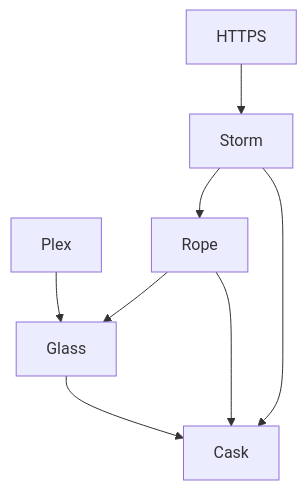
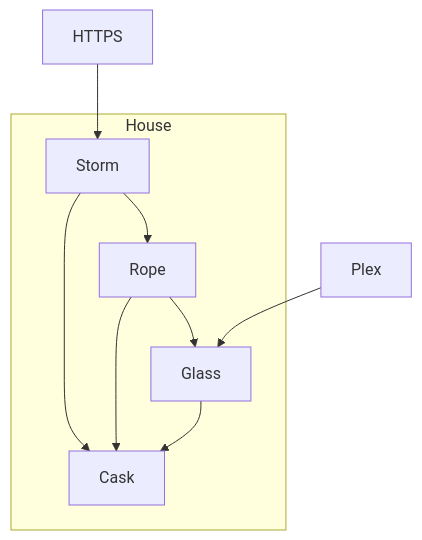
The diagram in posts/745.md (icco/writing), drawn with Mermaid before and after one commit.

Commit message:
grouping

````diff
--- a/posts/745.md
+++ b/posts/745.md
@@ -15,10 +15,18 @@
 ```mermaid
 graph TD;
-    Plex-->Glass;
-    HTTPS-->Storm;
-    Storm-->Cask;
-    Storm-->Rope;
-    Rope-->Cask;
-    Glass-->Cask;
-    Rope-->Glass;
+
+subgraph AA [House]
+    Glass;
+    Storm;
+    Rope;
+    Cask;
+end
+
+Plex-->Glass;
+HTTPS-->Storm;
+Storm-->Cask;
+Storm-->Rope;
+Rope-->Cask;
+Glass-->Cask;
+Rope-->Glass;
 ```
````
